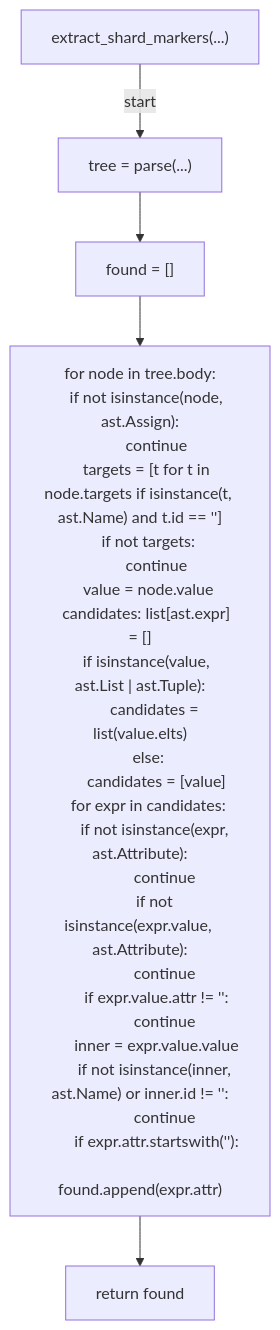
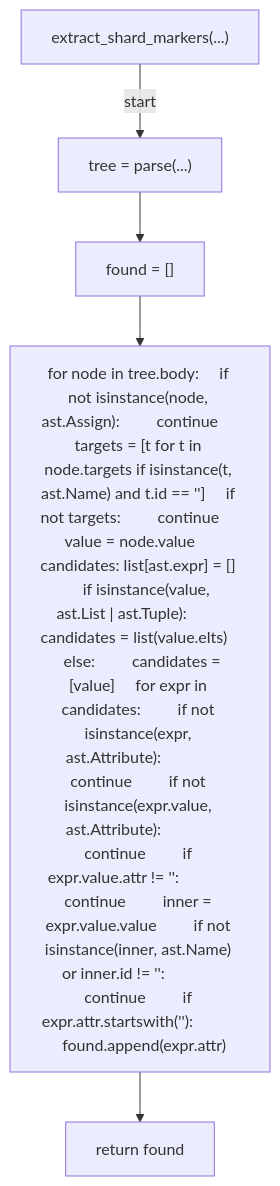
One commit to tvna/claude-md changed the first of 5 diagrams in docs/generated/scripts/ast/verify_test_shard_markers.md. Above: the diagram before and after it, drawn with Mermaid. The commit also changed other lines of this file and 15 other files, not shown here.

First line of the commit message:
docs(generated): regenerate decision tree and workflow diagrams (batch 5/5)

````diff
--- a/docs/generated/scripts/ast/verify_test_shard_markers.md
+++ b/docs/generated/scripts/ast/verify_test_shard_markers.md
@@ -7,35 +7,12 @@
 ```mermaid
 flowchart TD
     N001["extract_shard_markers(...)"]
     N002["tree = parse(...)"]
     N003["found = []"]
-    N004["for node in tree.body:
-    if not isinstance(node, ast.Assign):
-        continue
-    targets = [t for t in node.targets if isinstance(t, ast.Name) and t.id == '<str>']
-    if not targets:
-        continue
-    value = node.value
-    candidates: list[ast.expr] = []
-    if isinstance(value, ast.List | ast.Tuple):
-        candidates = list(value.elts)
-    else:
-        candidates = [value]
-    for expr in candidates:
-        if not isinstance(expr, ast.Attribute):
-            continue
-        if not isinstance(expr.value, ast.Attribute):
-            continue
-        if expr.value.attr != '<str>':
-            continue
-        inner = expr.value.value
-        if not isinstance(inner, ast.Name) or inner.id != '<str>':
-            continue
-        if expr.attr.startswith('<str>'):
-            found.append(expr.attr)"]
+    N004["for node in tree.body:     if not isinstance(node, ast.Assign):         continue     targets = [t for t in node.targets if isinstance(t, ast.Name) and t.id == '<str>']     if not targets:         continue     value = node.value     candidates: list[ast.expr] = []     if isinstance(value, ast.List | ast.Tuple):         candidates = list(value.elts)     else:         candidates = [value]     for expr in candidates:         if not isinstance(expr, ast.Attribute):             continue         if not isinstance(expr.value, ast.Attribute):             continue         if expr.value.attr != '<str>':             continue         inner = expr.value.value         if not isinstance(inner, ast.Name) or inner.id != '<str>':             continue         if expr.attr.startswith('<str>'):             found.append(expr.attr)"]
     N005["return found"]
     N001 -->|"start"| N002
     N002 --> N003
     N003 --> N004
     N004 --> N005
 ```
````
